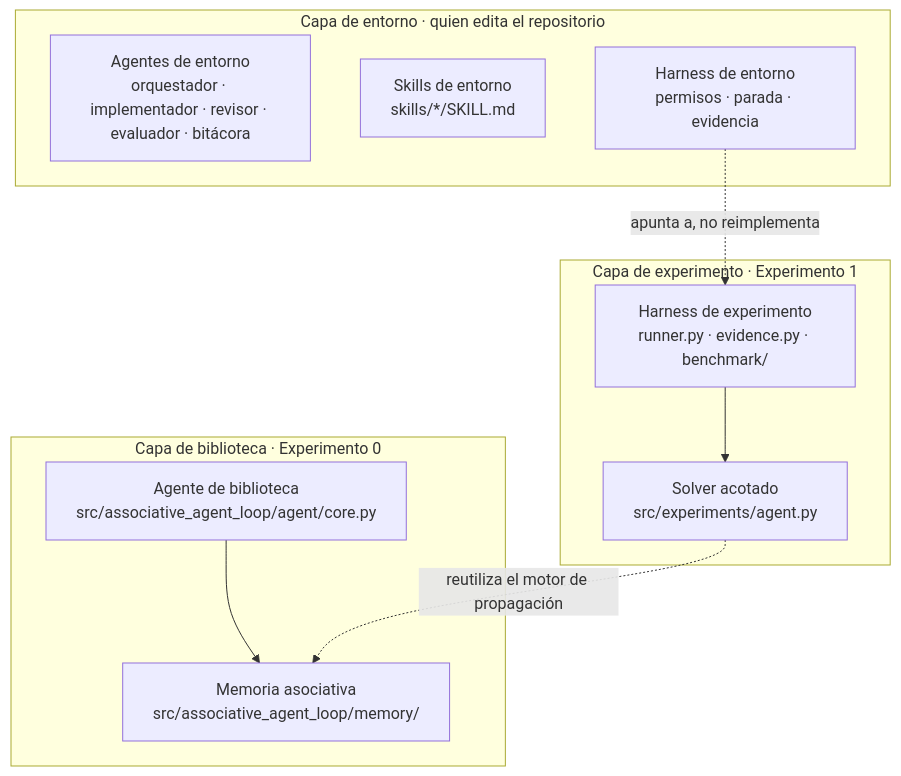
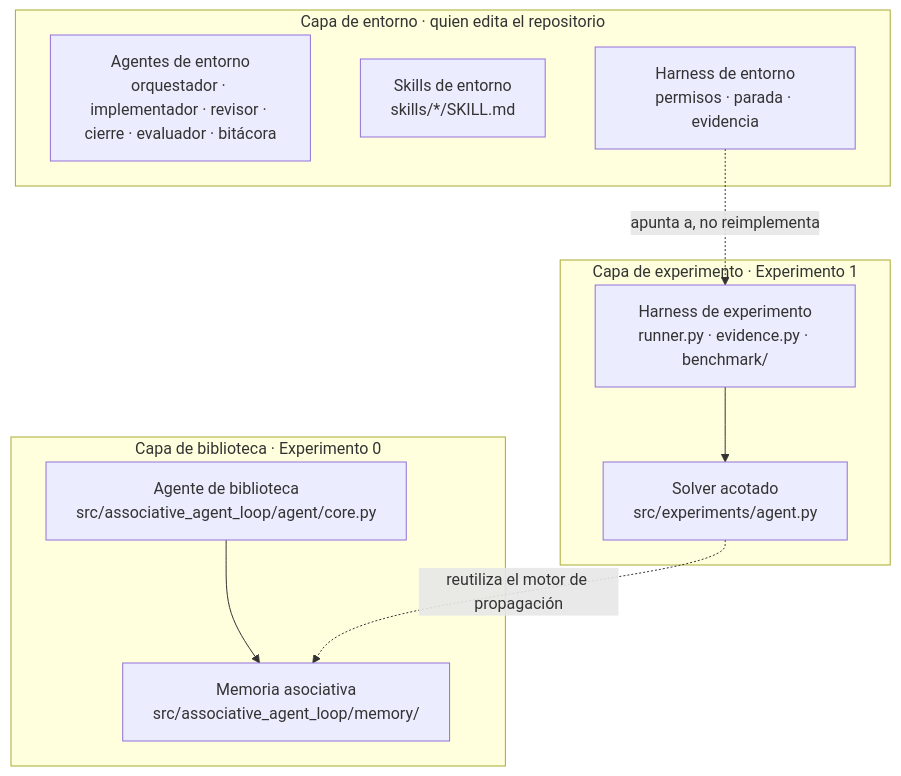
One commit to cherrera0001/Agents_Learning_Loops changed the diagram in docs/entorno/README.md. Above: the diagram before and after it, drawn with Mermaid. The commit also changed other lines of this file and 4 other files, not shown here.

First line of the commit message:
docs(entorno): caso real del sitio público al día y rol de cierre

````diff
--- a/docs/entorno/README.md
+++ b/docs/entorno/README.md
@@ -9,20 +9,20 @@
 ```mermaid
 flowchart TB
     subgraph E["Capa de entorno · quien edita el repositorio"]
-        AG["Agentes de entorno<br/>orquestador · implementador · revisor · evaluador · bitácora"]
+        AG["Agentes de entorno<br/>orquestador · implementador · revisor · cierre · evaluador · bitácora"]
         SK["Skills de entorno<br/>skills/*/SKILL.md"]
         HE["Harness de entorno<br/>permisos · parada · evidencia"]
     end
     subgraph X["Capa de experimento · Experimento 1"]
         SA["Solver acotado<br/>src/experiments/agent.py"]
         HX["Harness de experimento<br/>runner.py · evidence.py · benchmark/"]
     end
     subgraph B["Capa de biblioteca · Experimento 0"]
         AB["Agente de biblioteca<br/>src/associative_agent_loop/agent/core.py"]
         MEM["Memoria asociativa<br/>src/associative_agent_loop/memory/"]
     end
     HE -. "apunta a, no reimplementa" .-> HX
     HX --> SA
     AB --> MEM
     SA -. "reutiliza el motor de propagación" .-> MEM
 ```
````
